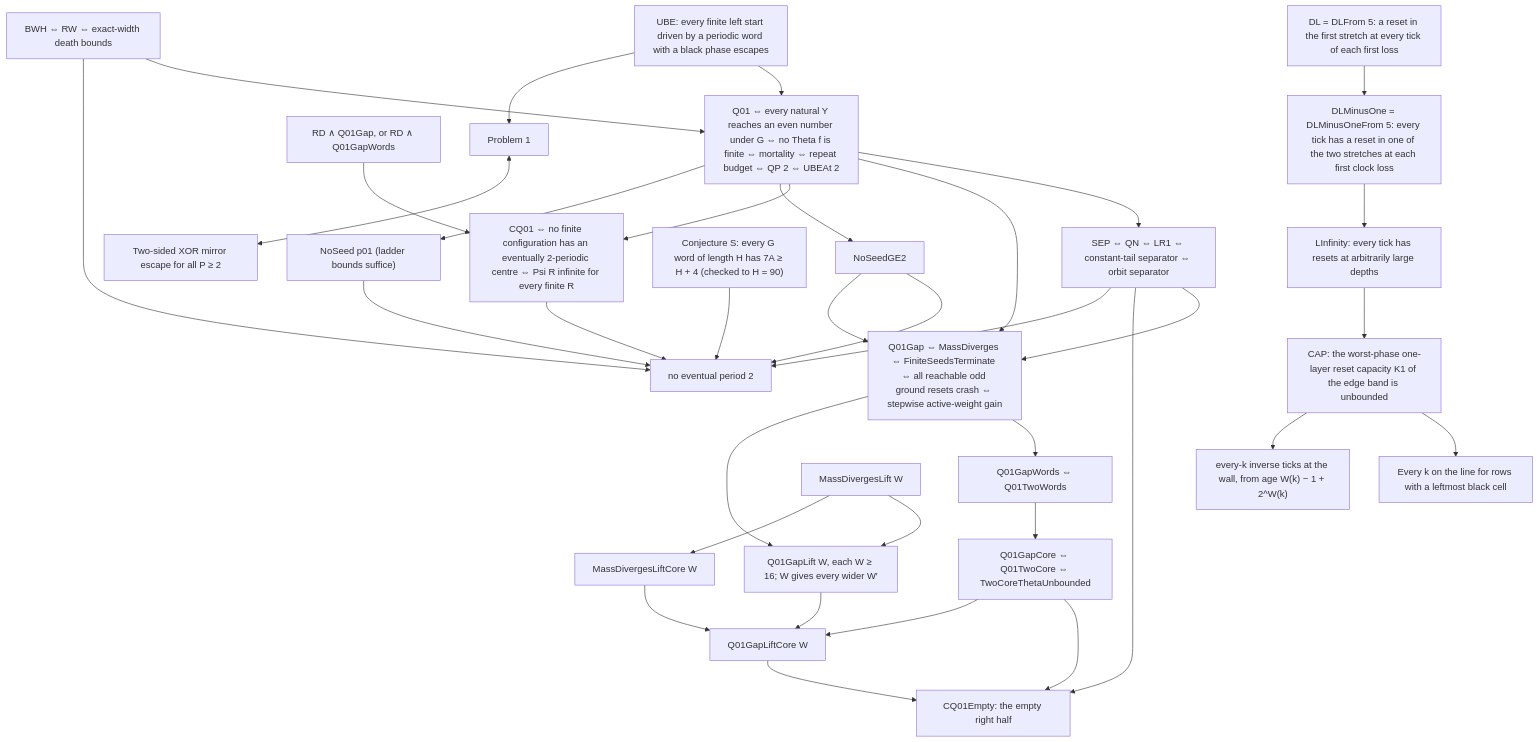
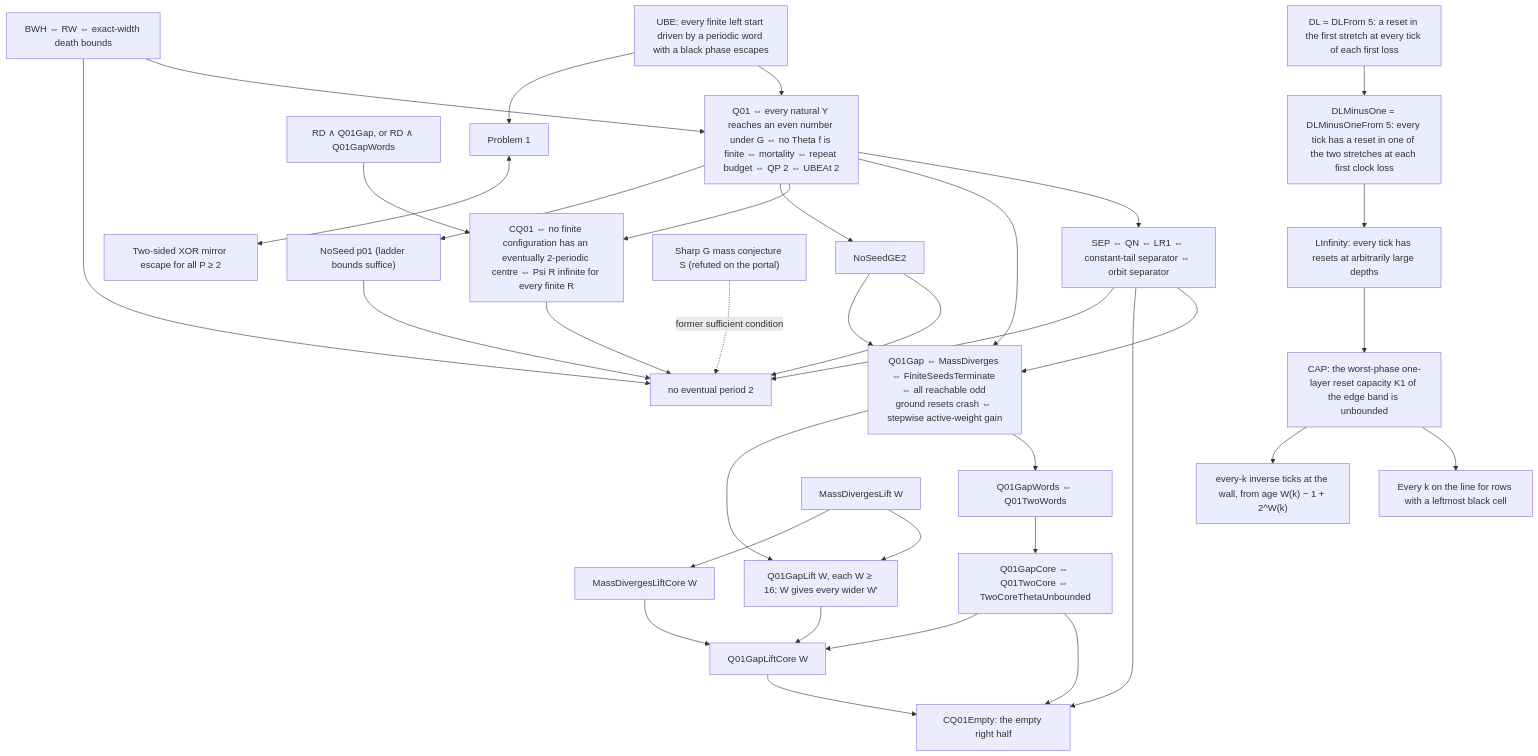
Before and after one commit to ghywel/rule30reset: the diagram in KIT.md, drawn with Mermaid. The commit also changed other lines of this file and 12 other files, not shown here.

````diff
--- a/KIT.md
+++ b/KIT.md
@@ -48,32 +48,32 @@
 ```mermaid
 graph TD
   UBE["UBE: every finite left start driven by a periodic word with a black phase escapes"] --> Q01
   BWH["BWH ⇔ RW ⇔ exact-width death bounds"] --> Q01
   Q01["Q01 ⇔ every natural Y reaches an even number under G ⇔ no Theta f is finite ⇔ mortality ⇔ repeat budget ⇔ QP 2 ⇔ UBEAt 2"]
   Q01 --> SEP["SEP ⇔ QN ⇔ LR1 ⇔ constant-tail separator ⇔ orbit separator"]
   Q01 --> Q01Gap["Q01Gap ⇔ MassDiverges ⇔ FiniteSeedsTerminate ⇔ all reachable odd ground resets crash ⇔ stepwise active-weight gain"]
   SEP --> Q01Gap
   Q01Gap --> Q01GW["Q01GapWords ⇔ Q01TwoWords"]
   Q01GW --> Q01GC["Q01GapCore ⇔ Q01TwoCore ⇔ TwoCoreThetaUnbounded"]
   Q01GC --> CQ01E["CQ01Empty: the empty right half"]
   Q01Gap --> GL["Q01GapLift W, each W ≥ 16; W gives every wider W′"] --> GLC["Q01GapLiftCore W"] --> CQ01E
   Q01GC --> GLC
   MDL["MassDivergesLift W"] --> GL
   MDL --> MDLC["MassDivergesLiftCore W"] --> GLC
   SEP --> CQ01E
   Q01 --> CQ01["CQ01 ⇔ no finite configuration has an eventually 2-periodic centre ⇔ Psi R infinite for every finite R"]
   RDQ["RD ∧ Q01Gap, or RD ∧ Q01GapWords"] --> CQ01
   CQ01 --> NP2["no eventual period 2"]
   Q01 --> NSG["NoSeedGE2"] --> NP2
   NSG --> Q01Gap
   Q01 --> NS01["NoSeed p01 (ladder bounds suffice)"] --> NP2
-  CS["Conjecture S: every G word of length H has 7A ≥ H + 4 (checked to H = 90)"] --> NP2
+  CS["Sharp G mass conjecture S (refuted on the portal)"] -. "former sufficient condition" .-> NP2
   SEP --> NP2
   BWH --> NP2
   UBE --> P1["Problem 1"]
   P1 <--> MIR["Two-sided XOR mirror escape for all P ≥ 2"]
   DL["DL = DLFrom 5: a reset in the first stretch at every tick of each first loss"] --> DL1
   DL1["DLMinusOne = DLMinusOneFrom 5: every tick has a reset in one of the two stretches at each first clock loss"] --> LI["LInfinity: every tick has resets at arbitrarily large depths"]
   CAP --> LINE["Every k on the line for rows with a leftmost black cell"]
   LI --> CAP["CAP: the worst-phase one-layer reset capacity K1 of the edge band is unbounded"] --> EVK["every-k inverse ticks at the wall, from age W(k) − 1 + 2^W(k)"]
 ```
````
